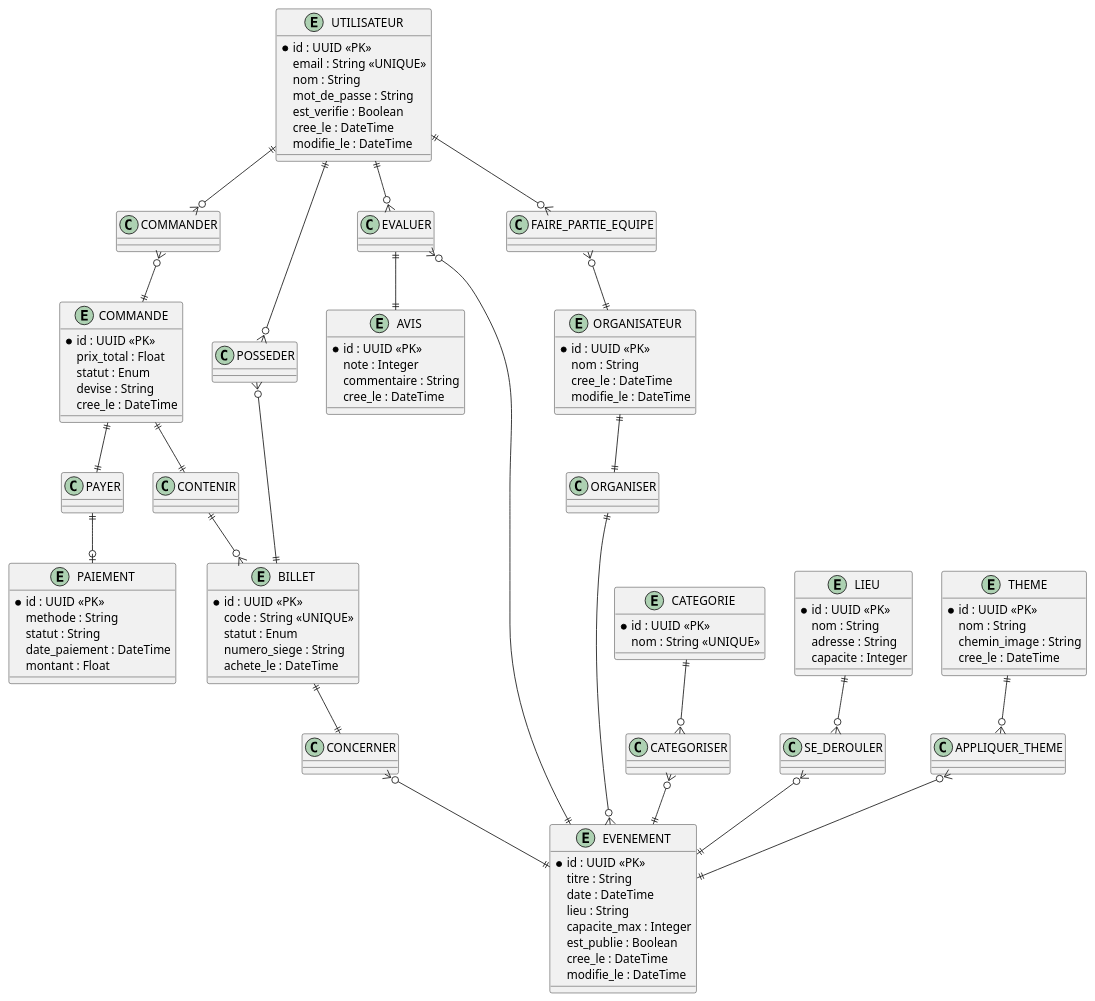
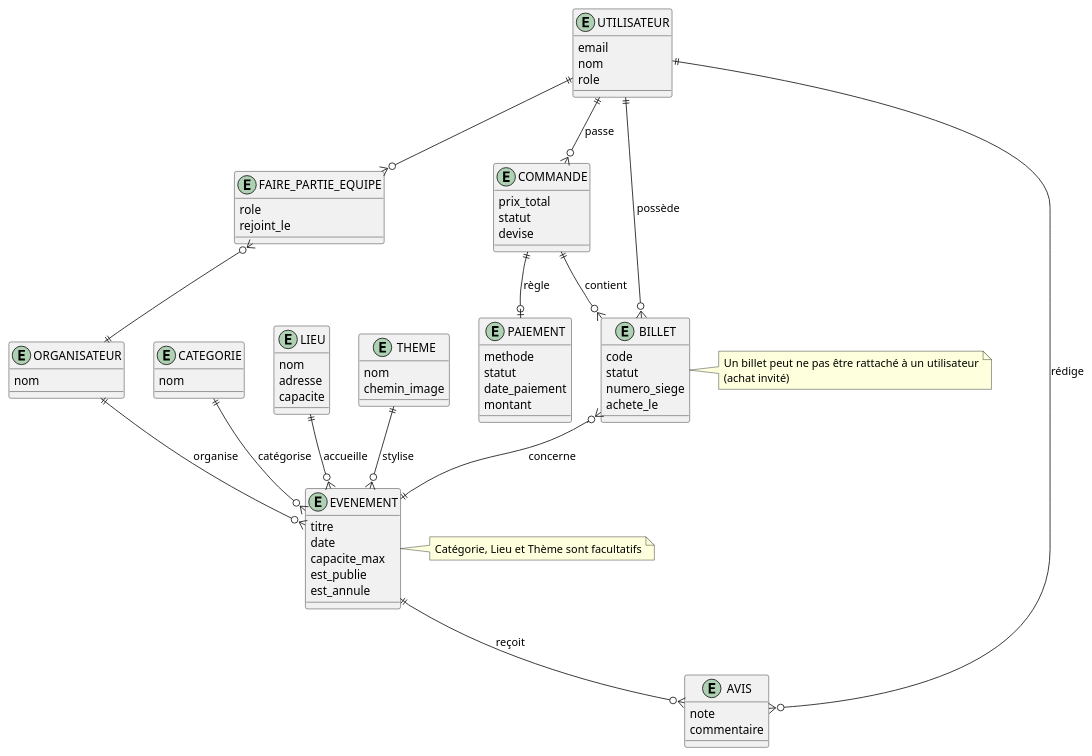
The diagram in diagrams/merise/mcd-billetterie.puml (CorentinCoulet/M-C-Billetterie), drawn with PlantUML before and after one commit. The commit also changed 16 other files, not shown here.

Commit message:
épurage des diagrammes et cahier des charges, amélioration de quelques éléments UX et fonctionnels

```diff
--- a/diagrams/merise/mcd-billetterie.puml
+++ b/diagrams/merise/mcd-billetterie.puml
@@ -1,116 +1,92 @@
 @startuml MCD-Billetterie
 
-' === ENTITÉS ===
+' === ENTITÉS (conceptuel, sans détails techniques) ===
 entity UTILISATEUR {
-  * id : UUID <<PK>>
-  email : String <<UNIQUE>>
-  nom : String
-  mot_de_passe : String
-  est_verifie : Boolean
-  cree_le : DateTime
-  modifie_le : DateTime
+  email
+  nom
+  role
 }
 
 entity ORGANISATEUR {
-  * id : UUID <<PK>>
-  nom : String
-  cree_le : DateTime
-  modifie_le : DateTime
+  nom
 }
 
 entity EVENEMENT {
-  * id : UUID <<PK>>
-  titre : String
-  date : DateTime
-  lieu : String
-  capacite_max : Integer
-  est_publie : Boolean
-  cree_le : DateTime
-  modifie_le : DateTime
+  titre
+  date
+  capacite_max
+  est_publie
+  est_annule
 }
 
 entity COMMANDE {
-  * id : UUID <<PK>>
-  prix_total : Float
-  statut : Enum
-  devise : String
-  cree_le : DateTime
+  prix_total
+  statut
+  devise
 }
 
 entity BILLET {
-  * id : UUID <<PK>>
-  code : String <<UNIQUE>>
-  statut : Enum
-  numero_siege : String
-  achete_le : DateTime
+  code
+  statut
+  numero_siege
+  achete_le
 }
 
 entity PAIEMENT {
-  * id : UUID <<PK>>
-  methode : String
-  statut : String
-  date_paiement : DateTime
-  montant : Float
+  methode
+  statut
+  date_paiement
+  montant
 }
 
 entity CATEGORIE {
-  * id : UUID <<PK>>
-  nom : String <<UNIQUE>>
+  nom
 }
 
 entity LIEU {
-  * id : UUID <<PK>>
-  nom : String
-  adresse : String
-  capacite : Integer
+  nom
+  adresse
+  capacite
 }
 
 entity AVIS {
-  * id : UUID <<PK>>
-  note : Integer
-  commentaire : String
-  cree_le : DateTime
+  note
+  commentaire
 }
 
 entity THEME {
-  * id : UUID <<PK>>
-  nom : String
-  chemin_image : String
-  cree_le : DateTime
+  nom
+  chemin_image
 }
 
-' === RELATIONS AVEC CARDINALITÉS ===
-UTILISATEUR ||--o{ COMMANDER
-COMMANDER }o--|| COMMANDE
+' Association porteuse d'attributs (conceptuelle)
+entity FAIRE_PARTIE_EQUIPE {
+  role
+  rejoint_le
+}
 
-COMMANDE ||--|| CONTENIR
-CONTENIR ||--o{ BILLET
-
-BILLET ||--|| CONCERNER
-CONCERNER }o--|| EVENEMENT
-
-UTILISATEUR ||--o{ POSSEDER
-POSSEDER }o--|| BILLET
-
-ORGANISATEUR ||--|| ORGANISER
-ORGANISER ||--o{ EVENEMENT
-
-CATEGORIE ||--o{ CATEGORISER
-CATEGORISER }o--|| EVENEMENT
-
-LIEU ||--o{ SE_DEROULER
-SE_DEROULER }o--|| EVENEMENT
-
-UTILISATEUR ||--o{ EVALUER
-EVALUER }o--|| EVENEMENT
-EVALUER ||--|| AVIS
-
-THEME ||--o{ APPLIQUER_THEME
-APPLIQUER_THEME }o--|| EVENEMENT
-
+' === RELATIONS ET CARDINALITÉS (conceptuel) ===
+UTILISATEUR ||--o{ COMMANDE : passe
+COMMANDE ||--o{ BILLET : contient
+BILLET }o--|| EVENEMENT : concerne
+UTILISATEUR ||--o{ BILLET : possède
+ORGANISATEUR ||--o{ EVENEMENT : organise
+CATEGORIE ||--o{ EVENEMENT : catégorise
+LIEU ||--o{ EVENEMENT : accueille
+UTILISATEUR ||--o{ AVIS : rédige
+EVENEMENT ||--o{ AVIS : reçoit
+THEME ||--o{ EVENEMENT : stylise
 UTILISATEUR ||--o{ FAIRE_PARTIE_EQUIPE
 FAIRE_PARTIE_EQUIPE }o--|| ORGANISATEUR
+COMMANDE ||--o| PAIEMENT : règle
 
-COMMANDE ||--|| PAYER
-PAYER ||--o| PAIEMENT
+note right of EVENEMENT
+  Catégorie, Lieu et Thème sont facultatifs
+end note
+
+note right of BILLET
+  Un billet peut ne pas être rattaché à un utilisateur
+  (achat invité)
+end note
+
 @enduml
```
